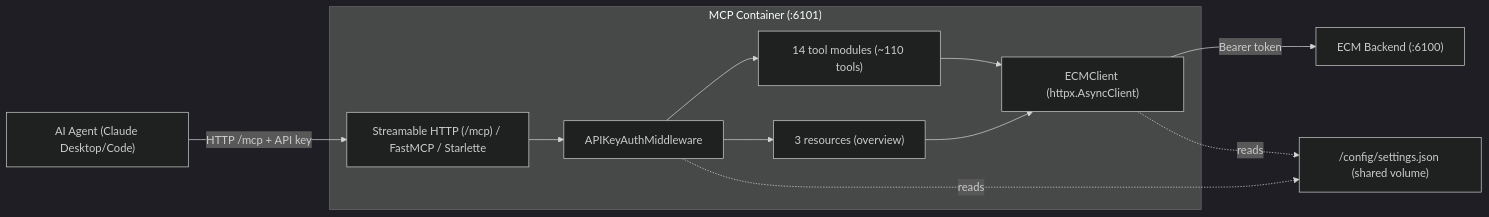
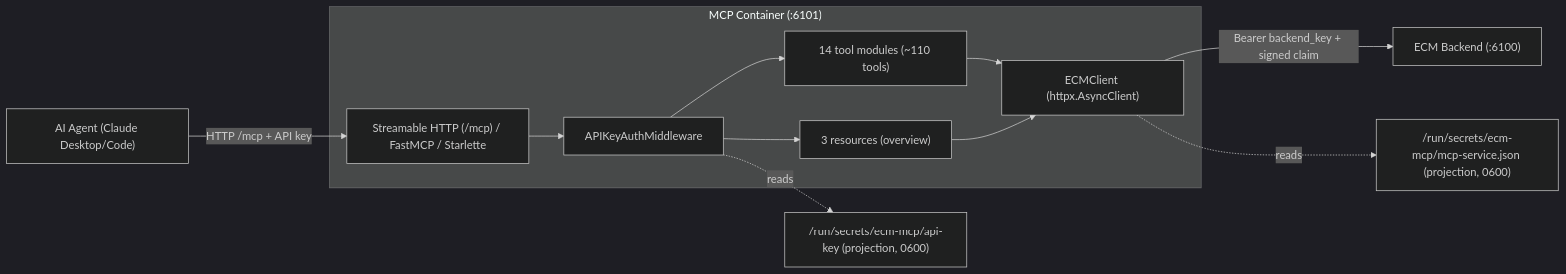
The second of 2 diagrams in docs/architecture.md (MotWakorb/enhancedchannelmanager), drawn with Mermaid (dark theme) before and after one commit. The commit also changed other lines of this file and 25 other files, not shown here.

````diff
--- a/docs/architecture.md
+++ b/docs/architecture.md
@@ -531,26 +531,27 @@
 ```mermaid
 graph LR
     Agent["AI Agent (Claude Desktop/Code)"]
 
     subgraph MCPContainer["MCP Container (:6101)"]
         Transport["Streamable HTTP (/mcp) / FastMCP / Starlette"]
         AuthMW["APIKeyAuthMiddleware"]
         Tools["14 tool modules (~110 tools)"]
         Resources["3 resources (overview)"]
         Client["ECMClient (httpx.AsyncClient)"]
 
         Transport --> AuthMW
         AuthMW --> Tools
         AuthMW --> Resources
         Tools --> Client
         Resources --> Client
     end
 
     ECMBackend["ECM Backend (:6100)"]
-    Settings["/config/settings.json (shared volume)"]
+    PublicKey["/run/secrets/ecm-mcp/api-key (projection, 0600)"]
+    ServiceKeys["/run/secrets/ecm-mcp/mcp-service.json (projection, 0600)"]
 
     Agent -->|"HTTP /mcp + API key"| Transport
-    Client -->|"Bearer token"| ECMBackend
-    AuthMW -.reads.-> Settings
-    Client -.reads.-> Settings
+    Client -->|"Bearer backend_key + signed claim"| ECMBackend
+    AuthMW -.reads.-> PublicKey
+    Client -.reads.-> ServiceKeys
 ```
````
